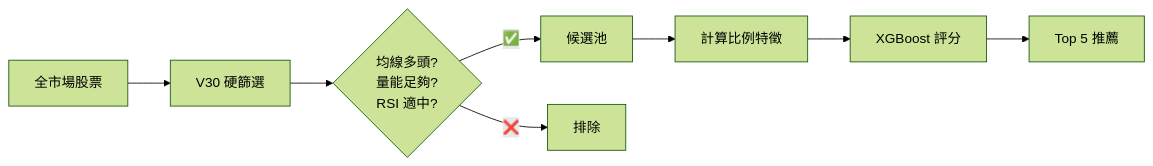
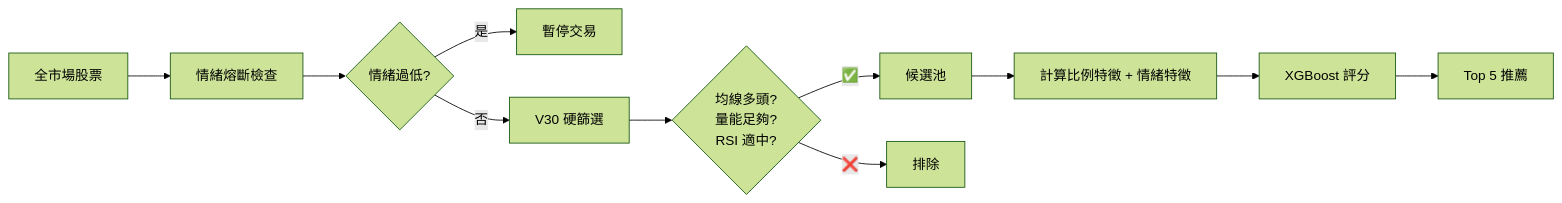
One commit to Jason25684531/Stock_Linbotv1 changed the first of 2 diagrams in README.md. Above: the diagram before and after it, drawn with Mermaid (forest theme). The commit also changed other lines of this file and 13 other files, not shown here.

````diff
--- a/README.md
+++ b/README.md
@@ -62,10 +68,13 @@
 ```mermaid
 graph LR
-    A[全市場股票] --> B[V30 硬篩選]
-    B --> C{均線多頭?<br/>量能足夠?<br/>RSI 適中?}
-    C -->|✅| D[候選池]
-    C -->|❌| E[排除]
-    D --> F[計算比例特徵]
-    F --> G[XGBoost 評分]
-    G --> H[Top 5 推薦]
+    A[全市場股票] --> B[情緒熔斷檢查]
+    B --> C{情緒過低?}
+    C -->|是| D[暫停交易]
+    C -->|否| E[V30 硬篩選]
+    E --> F{均線多頭?<br/>量能足夠?<br/>RSI 適中?}
+    F -->|✅| G[候選池]
+    F -->|❌| H[排除]
+    G --> I[計算比例特徵 + 情緒特徵]
+    I --> J[XGBoost 評分]
+    J --> K[Top 5 推薦]
 ```
````
